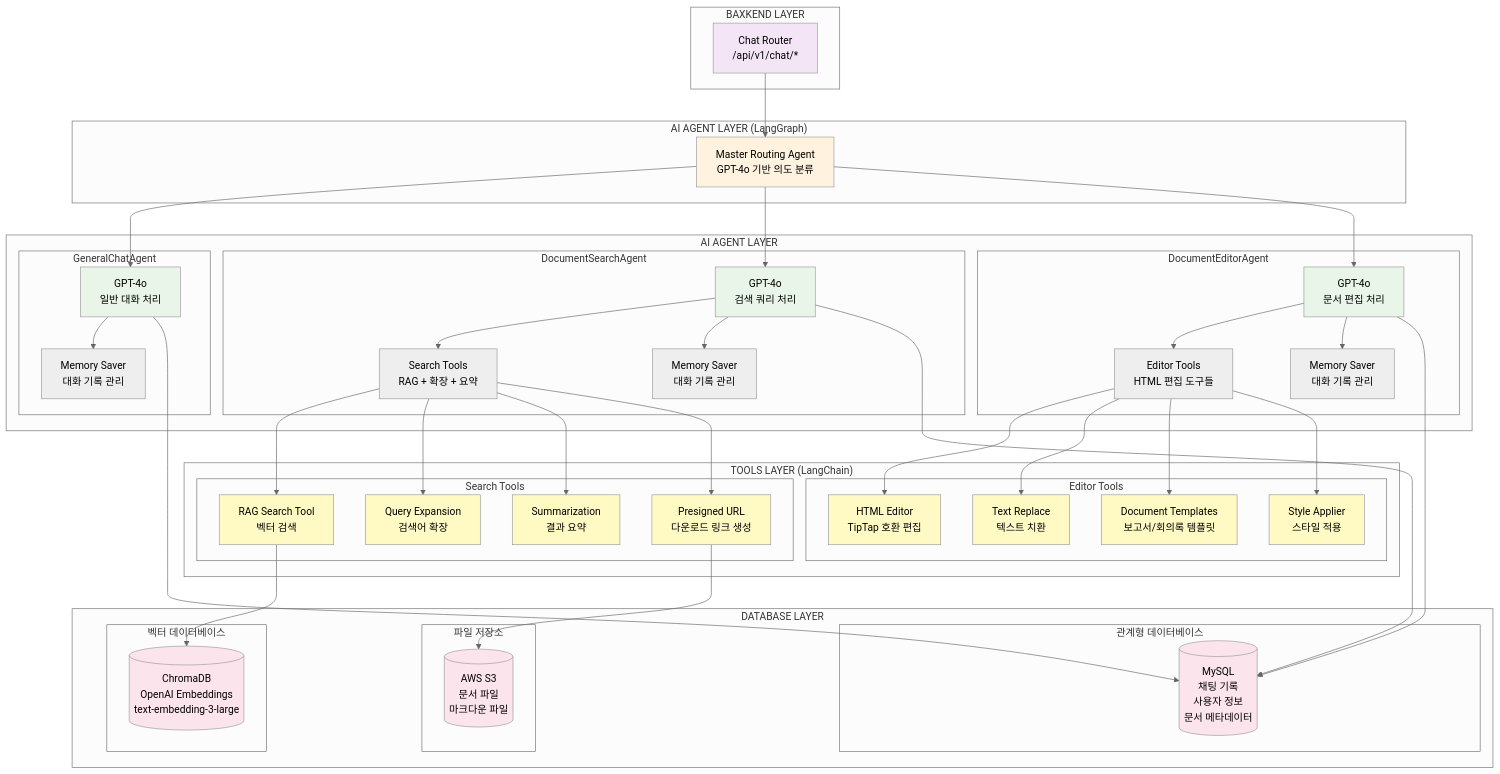
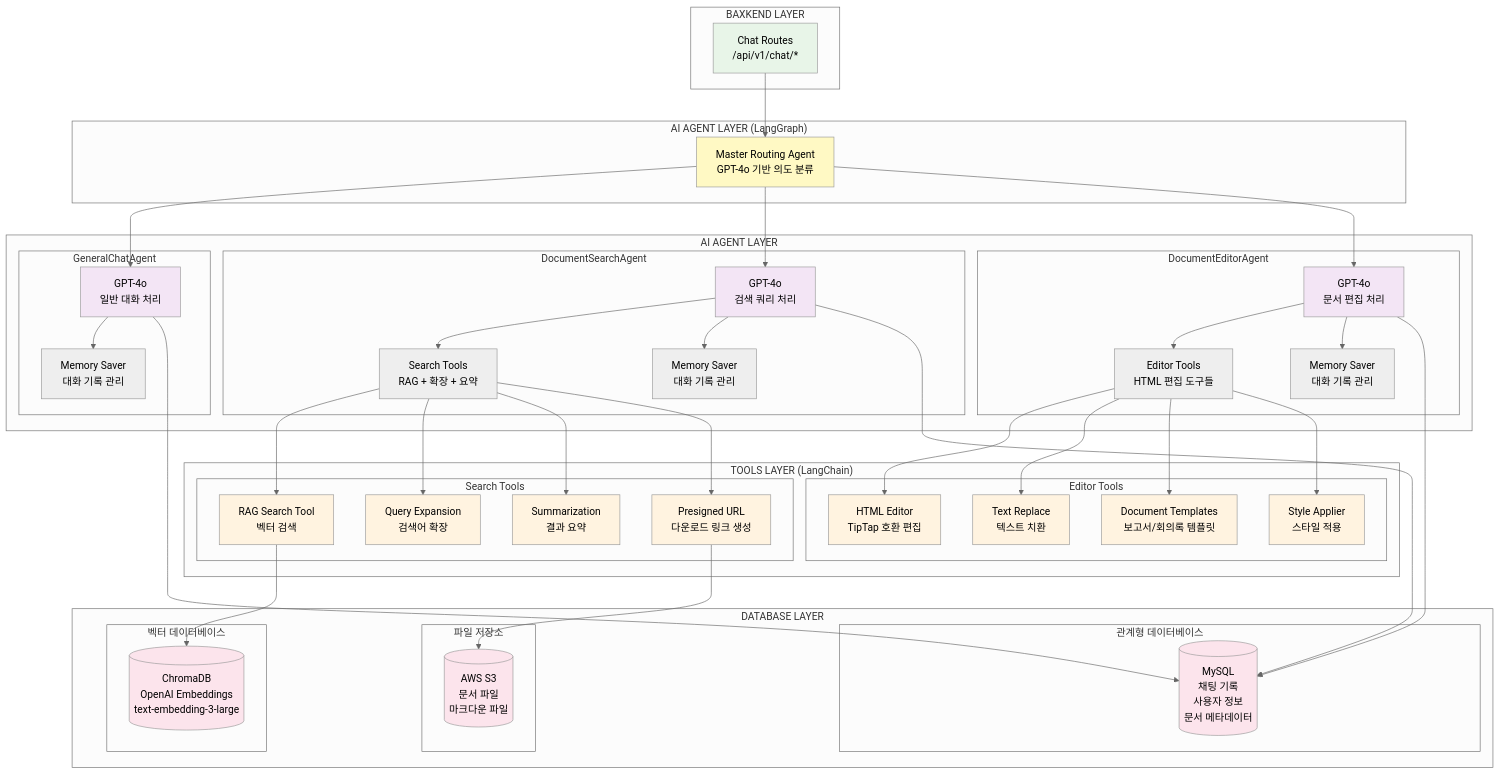
The second of 6 diagrams in 산출물/8주차/시스템_구성도_초안.md (SKNETWORKS-FAMILY-AICAMP/SKN13-FINAL-1TEAM), drawn with Mermaid (neutral theme) before and after one commit. The commit also changed other lines of this file and 12 other files, not shown here.

```diff
--- a/산출물/8주차/시스템_구성도_초안.md
+++ b/산출물/8주차/시스템_구성도_초안.md
@@ -113,7 +113,7 @@
 
     %% API 계층
     subgraph "BAXKEND LAYER"
-        CHAT_ROUTER[Chat Router<br/>/api/v1/chat/*]
+        CHAT_ROUTER[Chat Routes<br/>/api/v1/chat/*]
     end
 
     %% AI Agent 라우팅 계층
@@ -211,10 +211,10 @@
     
     %% 스타일링
 
-    classDef apiLayer fill:#f3e5f5
-    classDef routingLayer fill:#fff3e0
-    classDef agentLayer fill:#e8f5e8
-    classDef toolLayer fill:#fff9c4
+    classDef apiLayer fill:#e8f5e8
+    classDef routingLayer fill:#fff9c4
+    classDef agentLayer fill:#f3e5f5
+    classDef toolLayer fill:#fff3e0
     classDef dataLayer fill:#fce4ec
 
     class CHAT_ROUTER,DOC_ROUTER apiLayer
```
